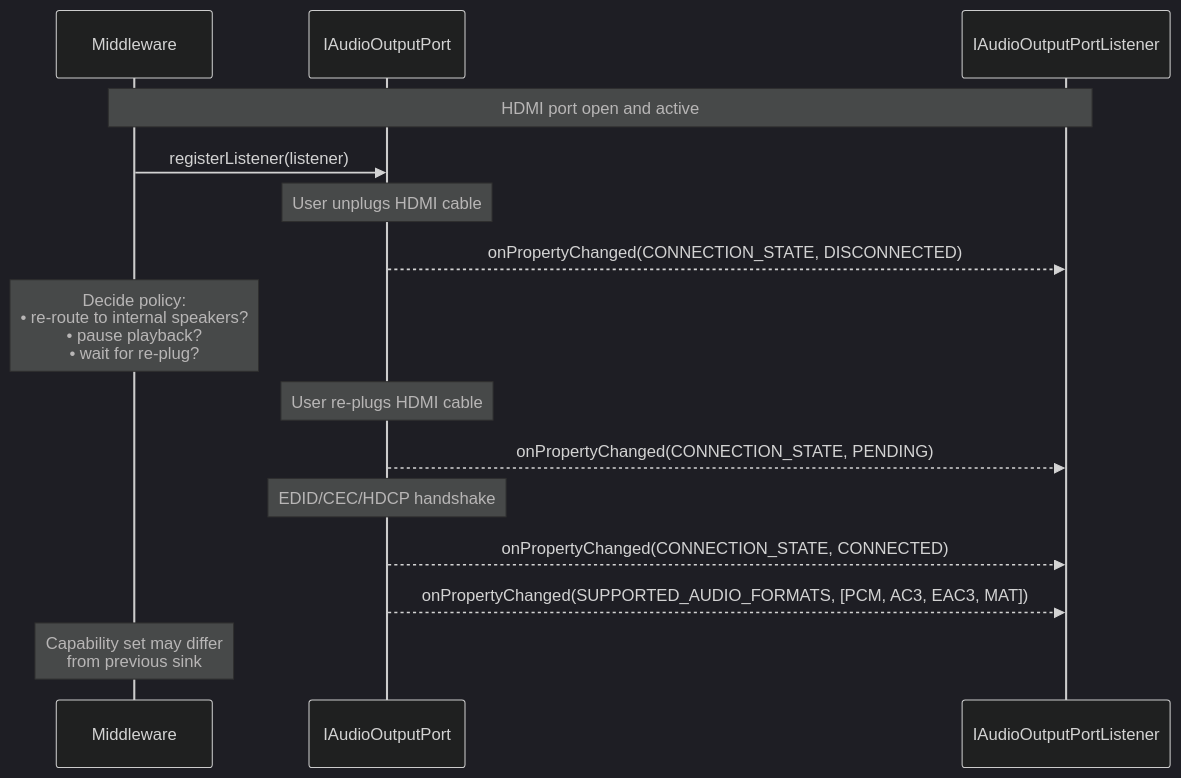
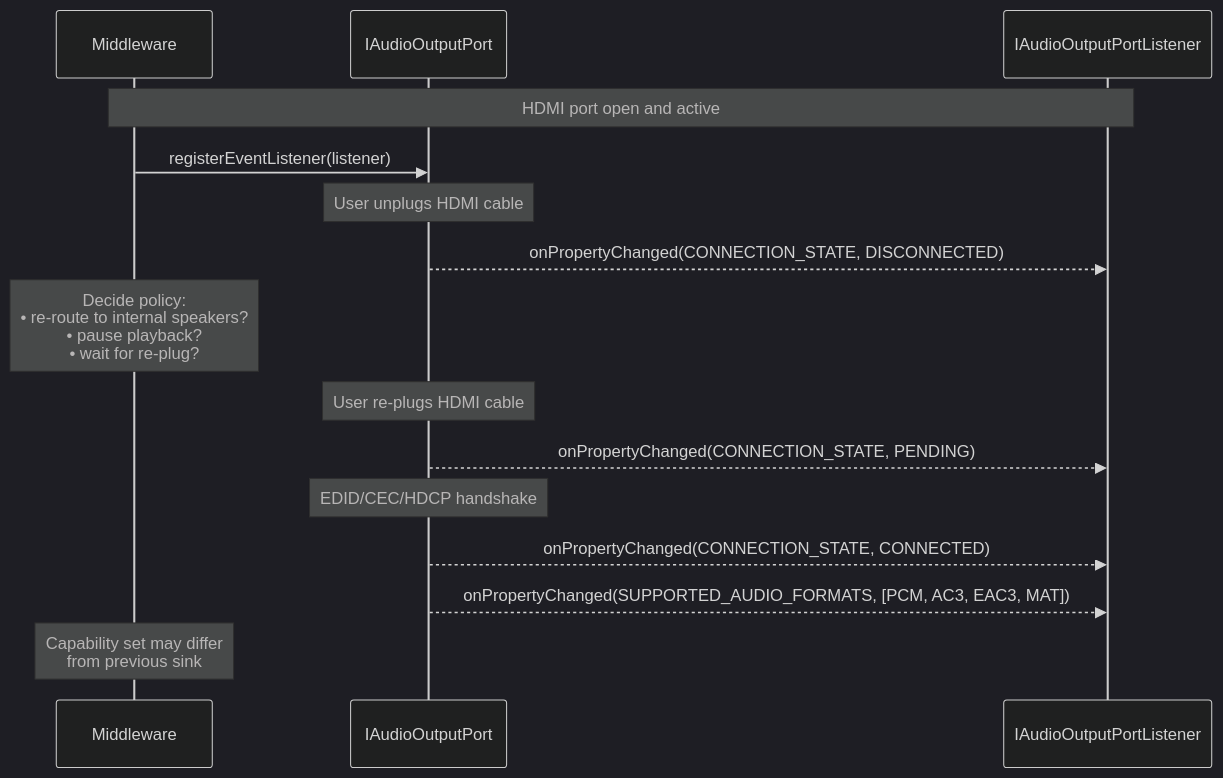
One commit to rdkcentral/rdk-halif-aidl changed the sixth of 8 diagrams in audiomixer/current/docs/audio_mixer.md. Above: the diagram before and after it, drawn with Mermaid (dark theme). The commit also changed other lines of this file and 1 other file, not shown here.

First line of the commit message:
Update #354: architecture to the current AIDL

````diff
--- a/audiomixer/current/docs/audio_mixer.md
+++ b/audiomixer/current/docs/audio_mixer.md
@@ -395,19 +395,19 @@
 ```mermaid
 sequenceDiagram
     participant App as Middleware
     participant Port as IAudioOutputPort
     participant Listener as IAudioOutputPortListener
     Note over App,Listener: HDMI port open and active
 
-    App->>Port: registerListener(listener)
+    App->>Port: registerEventListener(listener)
     Note over Port: User unplugs HDMI cable
     Port-->>Listener: onPropertyChanged(CONNECTION_STATE, DISCONNECTED)
     Note over App: Decide policy:<br/>• re-route to internal speakers?<br/>• pause playback?<br/>• wait for re-plug?
 
     Note over Port: User re-plugs HDMI cable
     Port-->>Listener: onPropertyChanged(CONNECTION_STATE, PENDING)
     Note over Port: EDID/CEC/HDCP handshake
     Port-->>Listener: onPropertyChanged(CONNECTION_STATE, CONNECTED)
     Port-->>Listener: onPropertyChanged(SUPPORTED_AUDIO_FORMATS, [PCM, AC3, EAC3, MAT])
     Note over App: Capability set may differ<br/>from previous sink
 ```
````
